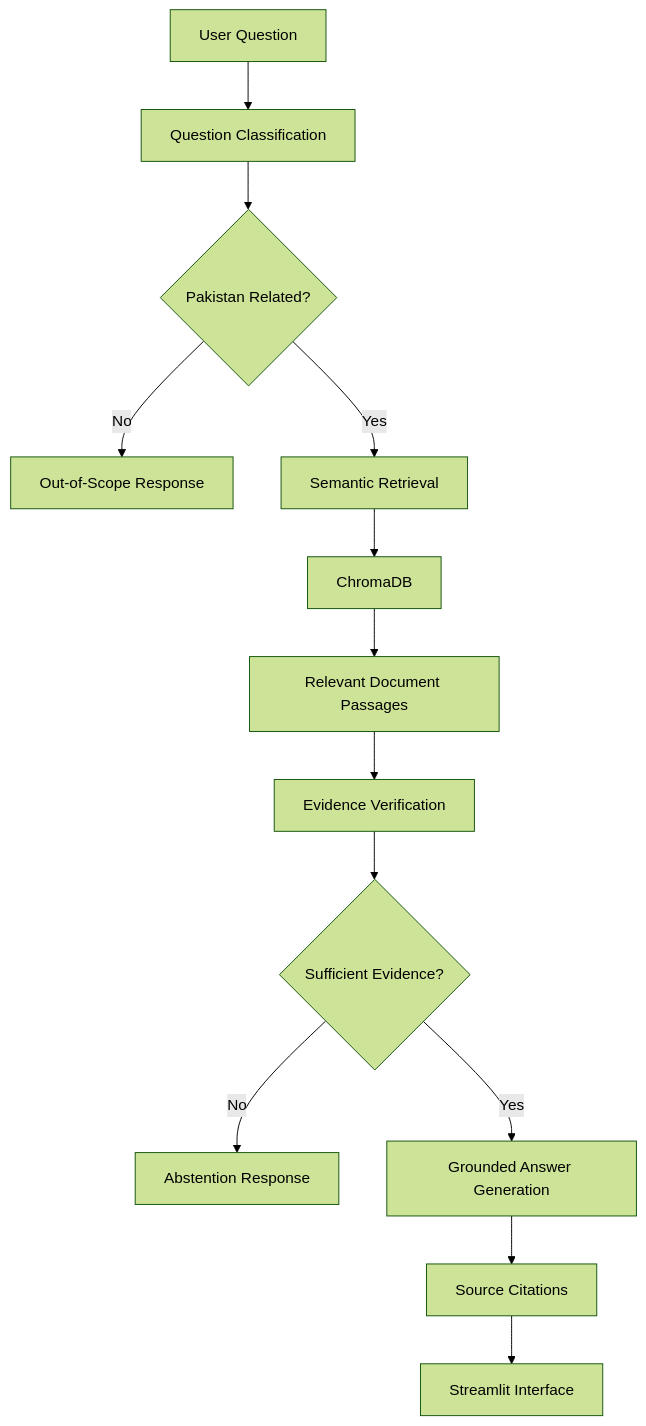
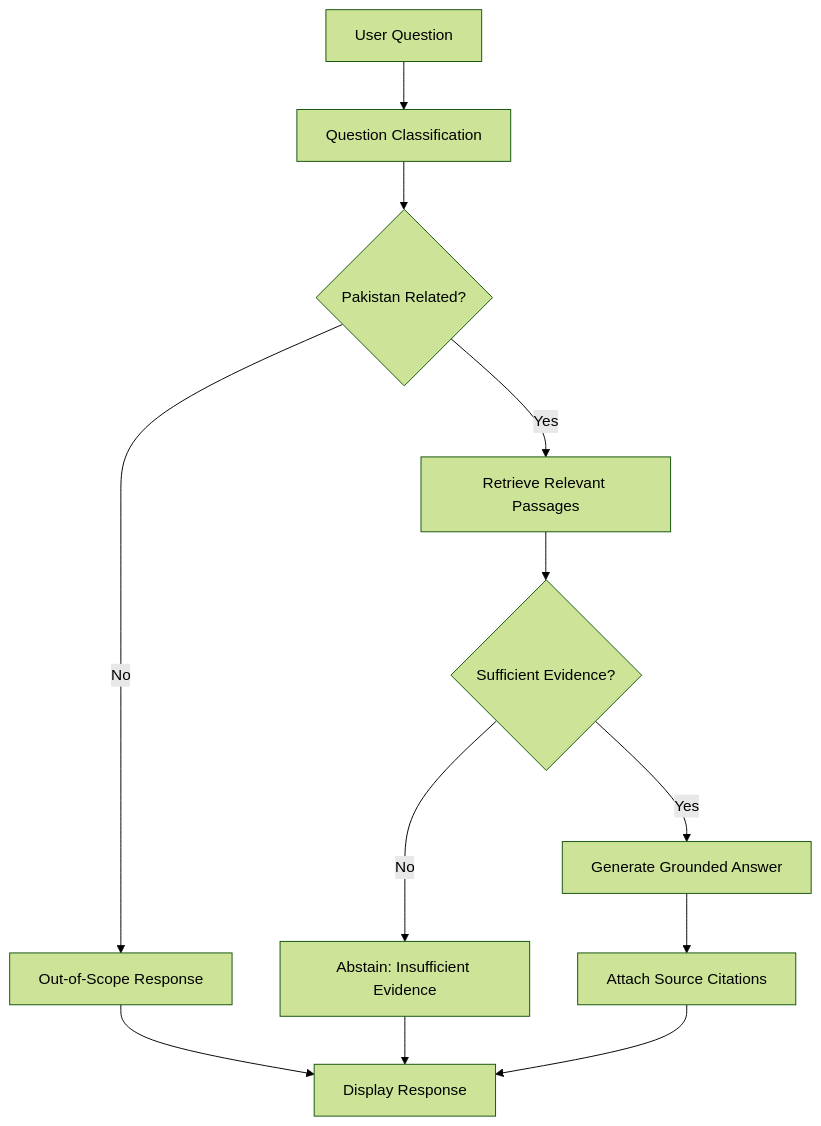
Before and after one commit to Muntazir-43/PakKnowledge-AI: the diagram in README.md, drawn with Mermaid (forest theme).

Commit message:
Initial commit: PakKnowledge AI

````diff
--- a/README.md
+++ b/README.md
@@ -38,15 +38,21 @@
 ```mermaid
+
 flowchart TD
-    A[User Question] --> B[Question Classification]
-    B --> C{Pakistan Related?}
-    C -->|No| D[Out-of-Scope Response]
-    C -->|Yes| E[Semantic Retrieval]
-    E --> F[ChromaDB]
-    F --> G[Relevant Document Passages]
-    G --> H[Evidence Verification]
-    H --> I{Sufficient Evidence?}
-    I -->|No| J[Abstention Response]
-    I -->|Yes| K[Grounded Answer Generation]
-    K --> L[Source Citations]
-    L --> M[Streamlit Interface]
+    A["User Question"] --> B["Question Classification"]
+    B --> C{"Pakistan Related?"}
+
+    C -->|No| D["Out-of-Scope Response"]
+    C -->|Yes| E["Retrieve Relevant Passages"]
+
+    E --> F{"Sufficient Evidence?"}
+
+    F -->|No| G["Abstain: Insufficient Evidence"]
+    F -->|Yes| H["Generate Grounded Answer"]
+
+    H --> I["Attach Source Citations"]
+
+    D --> J["Display Response"]
+    G --> J
+    I --> J
+
 ```
````
